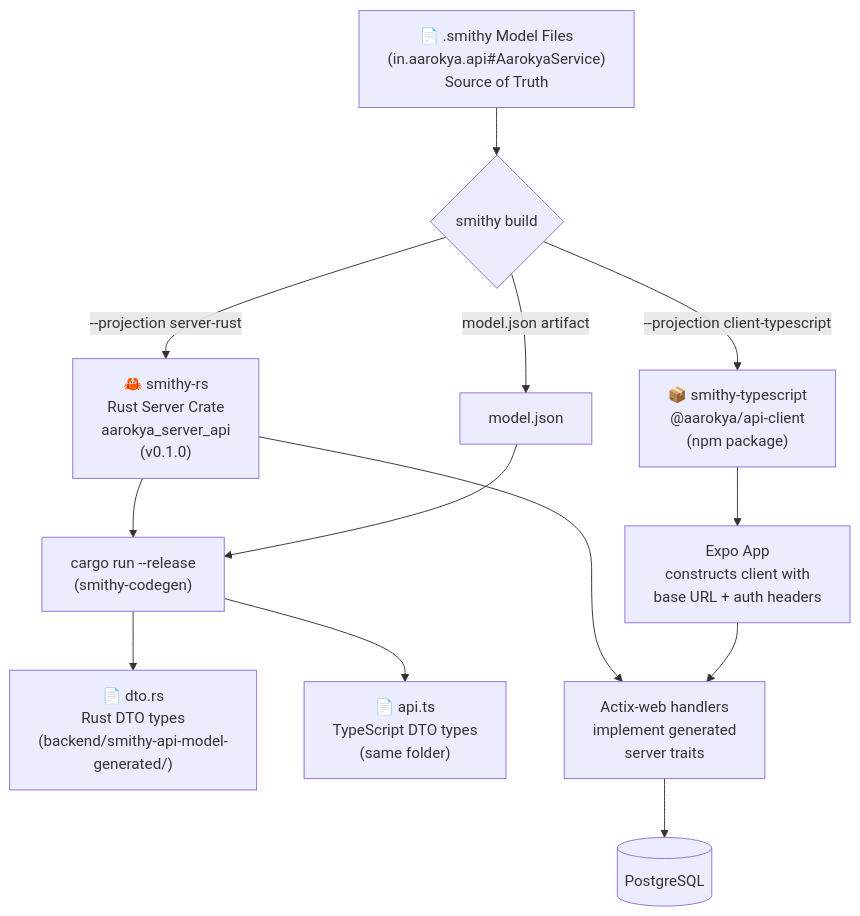
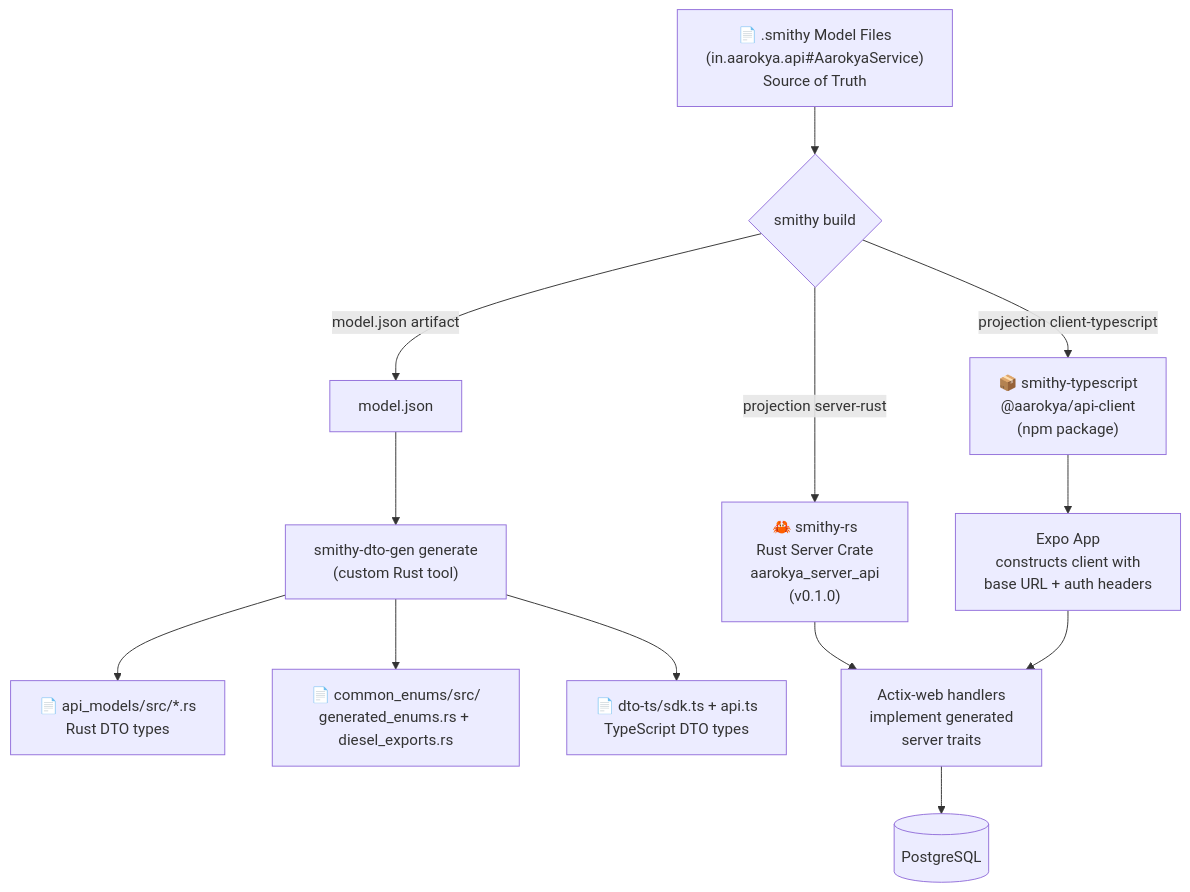
The first of 2 diagrams in api-reference/architecture/codegen-pipeline.mdx (anu19981/aarokya-backend), drawn with Mermaid before and after one commit. The commit also changed other lines of this file and 82 other files, not shown here.

Commit message:
sync: update api-reference from aarokya-agentic-app

````diff
--- a/api-reference/architecture/codegen-pipeline.mdx
+++ b/api-reference/architecture/codegen-pipeline.mdx
@@ -33,20 +33,20 @@
 ```mermaid
 flowchart TD
-    A["📄 .smithy Model Files\n(in.aarokya.api#AarokyaService)\nSource of Truth"] --> B{smithy build}
+    A["📄 .smithy Model Files<br/>(in.aarokya.api#AarokyaService)<br/>Source of Truth"] --> B{smithy build}
 
-    B -->|"--projection server-rust"| C["🦀 smithy-rs\nRust Server Crate\naarokya_server_api\n(v0.1.0)"]
-    B -->|"--projection client-typescript"| D["📦 smithy-typescript\n@aarokya/api-client\n(npm package)"]
+    B -->|"projection server-rust"| C["🦀 smithy-rs<br/>Rust Server Crate<br/>aarokya_server_api<br/>(v0.1.0)"]
+    B -->|"projection client-typescript"| D["📦 smithy-typescript<br/>@aarokya/api-client<br/>(npm package)"]
     B -->|"model.json artifact"| E
 
-    C --> F["cargo run --release\n(smithy-codegen)"]
-    F --> G["📄 dto.rs\nRust DTO types\n(backend/smithy-api-model-generated/)"]
-    F --> H["📄 api.ts\nTypeScript DTO types\n(same folder)"]
-    E["model.json"] --> F
+    E["model.json"] --> F["smithy-dto-gen generate<br/>(custom Rust tool)"]
+    F --> G["📄 api_models/src/*.rs<br/>Rust DTO types"]
+    F --> G2["📄 common_enums/src/<br/>generated_enums.rs + diesel_exports.rs"]
+    F --> H["📄 dto-ts/sdk.ts + api.ts<br/>TypeScript DTO types"]
 
-    C --> I["Actix-web handlers\nimplement generated\nserver traits"]
-    D --> J["Expo App\nconstructs client with\nbase URL + auth headers"]
+    C --> I["Actix-web handlers<br/>implement generated<br/>server traits"]
+    D --> J["Expo App<br/>constructs client with<br/>base URL + auth headers"]
 
     I --> K[(PostgreSQL)]
     J --> I
 
 ```
````
